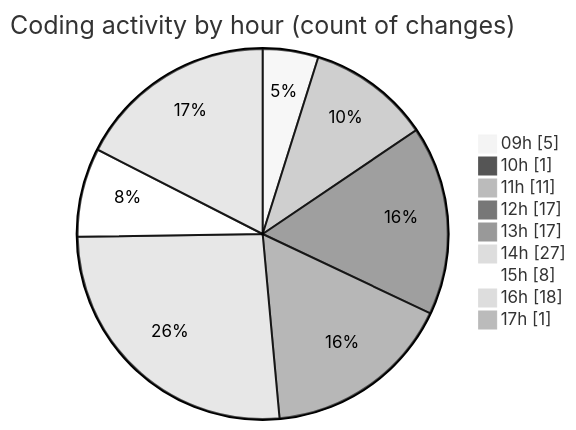
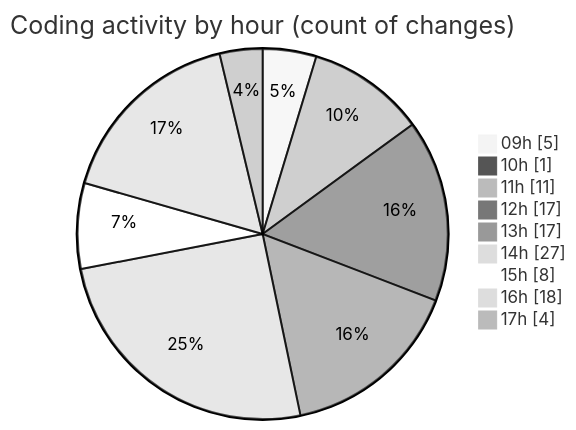
One commit to momahboobian/code-tracking changed the second of 2 diagrams in 2025-09-04/cda/README.md. Above: the diagram before and after it, drawn with Mermaid (neutral theme). The commit also changed other lines of this file and 1 other file, not shown here.

````diff
--- a/2025-09-04/cda/README.md
+++ b/2025-09-04/cda/README.md
@@ -42,13 +42,13 @@
 ```mermaid
 pie showData
 title Coding activity by hour (count of changes)
 "09h" : 5
 "10h" : 1
 "11h" : 11
 "12h" : 17
 "13h" : 17
 "14h" : 27
 "15h" : 8
 "16h" : 18
-"17h" : 1
+"17h" : 4
 ```
````
